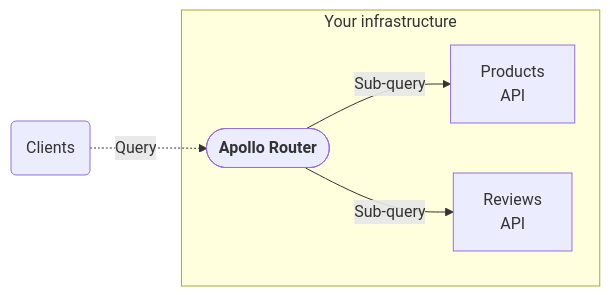
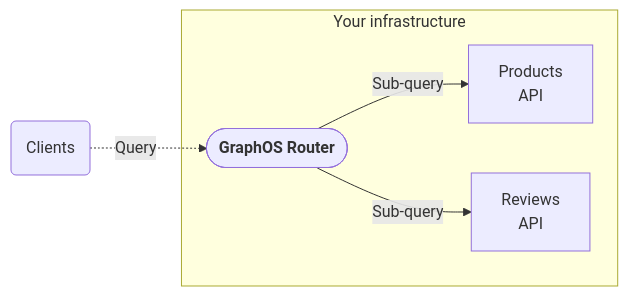
Before and after one commit to apollographql/router: the diagram in docs/source/index.mdx, drawn with Mermaid. The commit also changed other lines of this file, not shown here.

Commit message:
Update naming in self-hosted router index

````diff
--- a/docs/source/index.mdx
+++ b/docs/source/index.mdx
@@ -11,12 +15,12 @@
 ```mermaid
 flowchart LR;
   clients(Clients);
   subgraph "Your infrastructure";
-  router(["<b>Apollo Router</b>"]);
+  router(["<b>GraphOS Router</b>"]);
   serviceB[Products<br/>API];
   serviceC[Reviews<br/>API];
   router -->|Sub-query| serviceB & serviceC;
   end;
   clients -.->|Query| router;
   class clients secondary;
 ```
````
